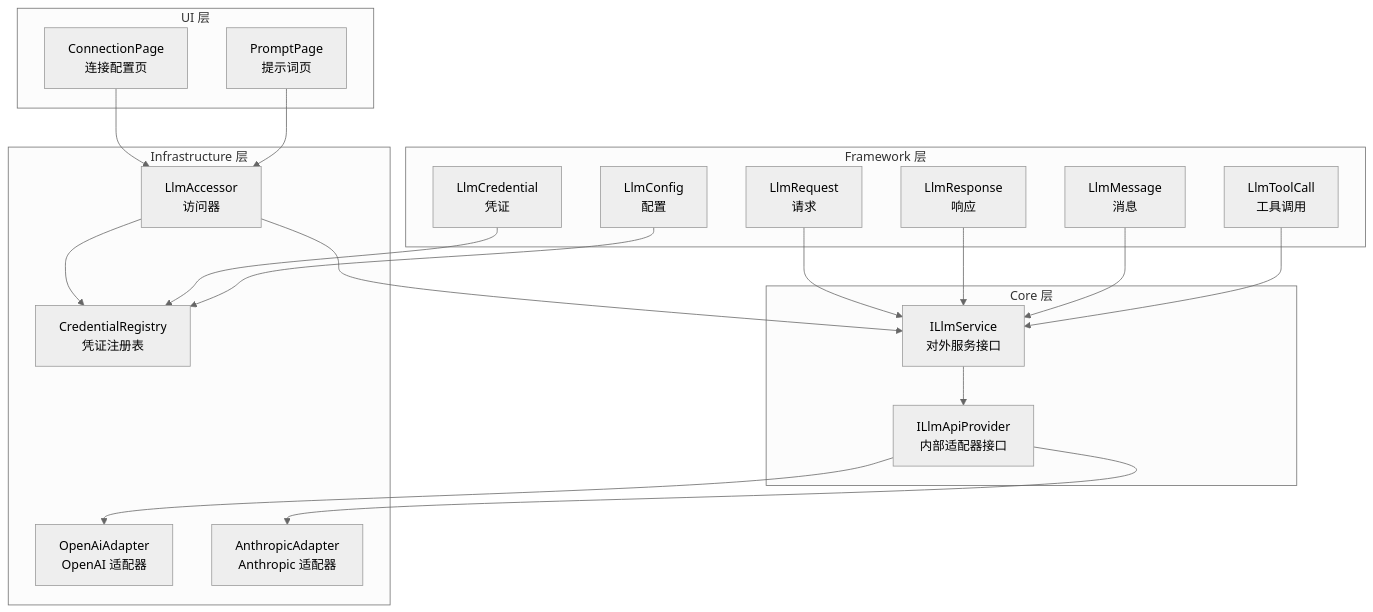
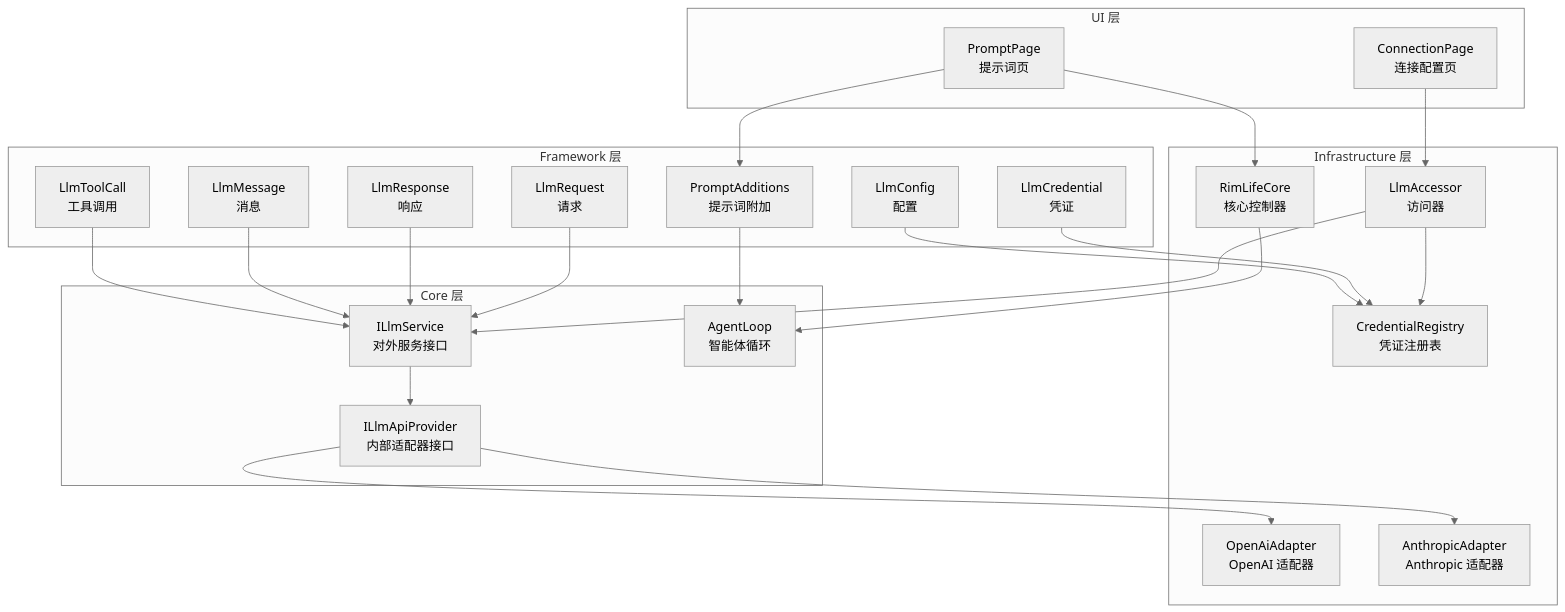
Before and after one commit to suzvka/RimLife: the first of 7 diagrams in .qoder/repowiki/zh/content/LLM 集成系统/LLM 集成系统.md, drawn with Mermaid (neutral theme). The commit also changed other lines of this file and 32 other files, not shown here.

````diff
--- a/.qoder/repowiki/zh/content/LLM 集成系统/LLM 集成系统.md
+++ b/.qoder/repowiki/zh/content/LLM 集成系统/LLM 集成系统.md
@@ -47,38 +61,44 @@
 ```mermaid
 graph TB
 subgraph "UI 层"
 CP["ConnectionPage<br/>连接配置页"]
 PP["PromptPage<br/>提示词页"]
 end
 subgraph "Framework 层"
 FR["LlmRequest<br/>请求"]
 FW["LlmResponse<br/>响应"]
 FM["LlmMessage<br/>消息"]
 FT["LlmToolCall<br/>工具调用"]
 FC["LlmCredential<br/>凭证"]
 FCFG["LlmConfig<br/>配置"]
+PA["PromptAdditions<br/>提示词附加"]
 end
 subgraph "Core 层"
 SVC["ILlmService<br/>对外服务接口"]
 API["ILlmApiProvider<br/>内部适配器接口"]
+AL["AgentLoop<br/>智能体循环"]
 end
 subgraph "Infrastructure 层"
 ACC["LlmAccessor<br/>访问器"]
 REG["CredentialRegistry<br/>凭证注册表"]
 OA["OpenAiAdapter<br/>OpenAI 适配器"]
 AA["AnthropicAdapter<br/>Anthropic 适配器"]
+RLC["RimLifeCore<br/>核心控制器"]
 end
 CP --> ACC
-PP --> ACC
+PP --> PA
+PP --> RLC
 ACC --> SVC
 SVC --> API
 API --> OA
 API --> AA
 ACC --> REG
 FR --> SVC
 FW --> SVC
 FM --> SVC
 FT --> SVC
 FC --> REG
 FCFG --> REG
+PA --> AL
+RLC --> AL
 ```
````
